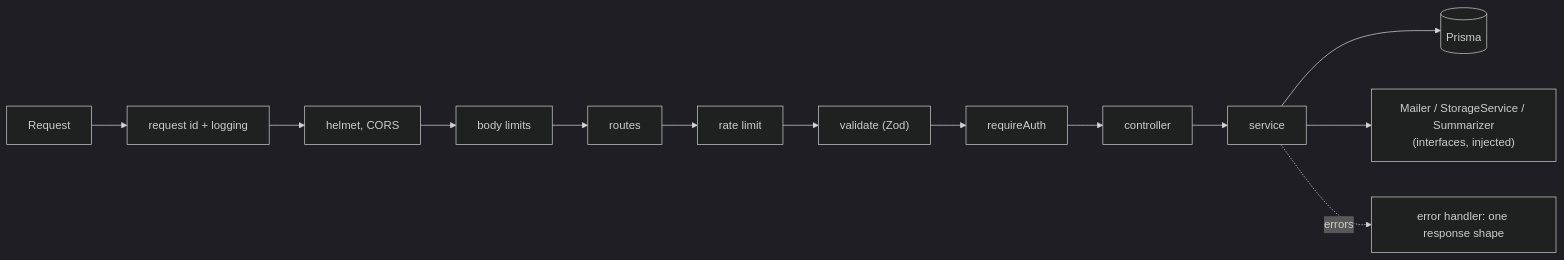
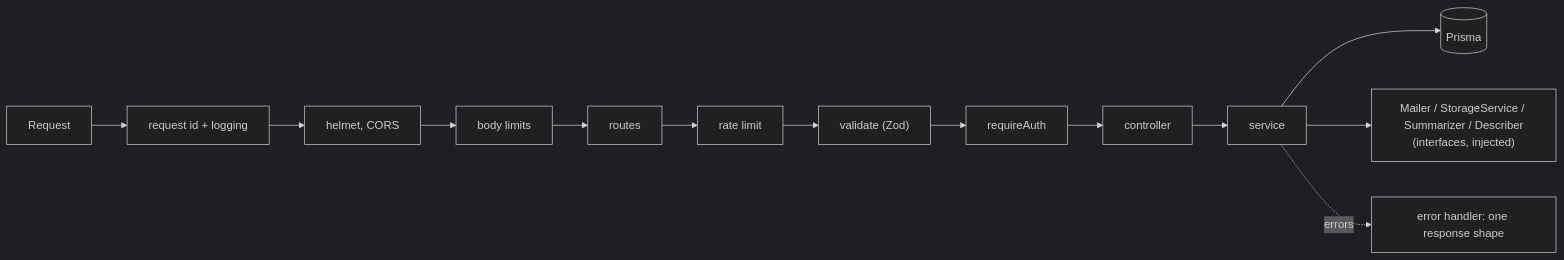
Before and after one commit to jubair-jx/travel-photo-journal: the second of 2 diagrams in README.md, drawn with Mermaid (dark theme). The commit also changed other lines of this file and 19 other files, not shown here.

````diff
--- a/README.md
+++ b/README.md
@@ -58,8 +70,8 @@
 ```mermaid
 flowchart LR
   Req["Request"] --> Log["request id + logging"] --> Sec["helmet, CORS"] --> Body["body limits"] --> Route["routes"]
   Route --> Lim["rate limit"] --> Val["validate (Zod)"] --> Auth["requireAuth"] --> Ctl["controller"] --> Svc["service"]
   Svc --> Prisma[("Prisma")]
-  Svc --> Ifaces["Mailer / StorageService / Summarizer<br/>(interfaces, injected)"]
+  Svc --> Ifaces["Mailer / StorageService / Summarizer / Describer<br/>(interfaces, injected)"]
   Svc -.->|"errors"| Err["error handler: one response shape"]
 ```
````
